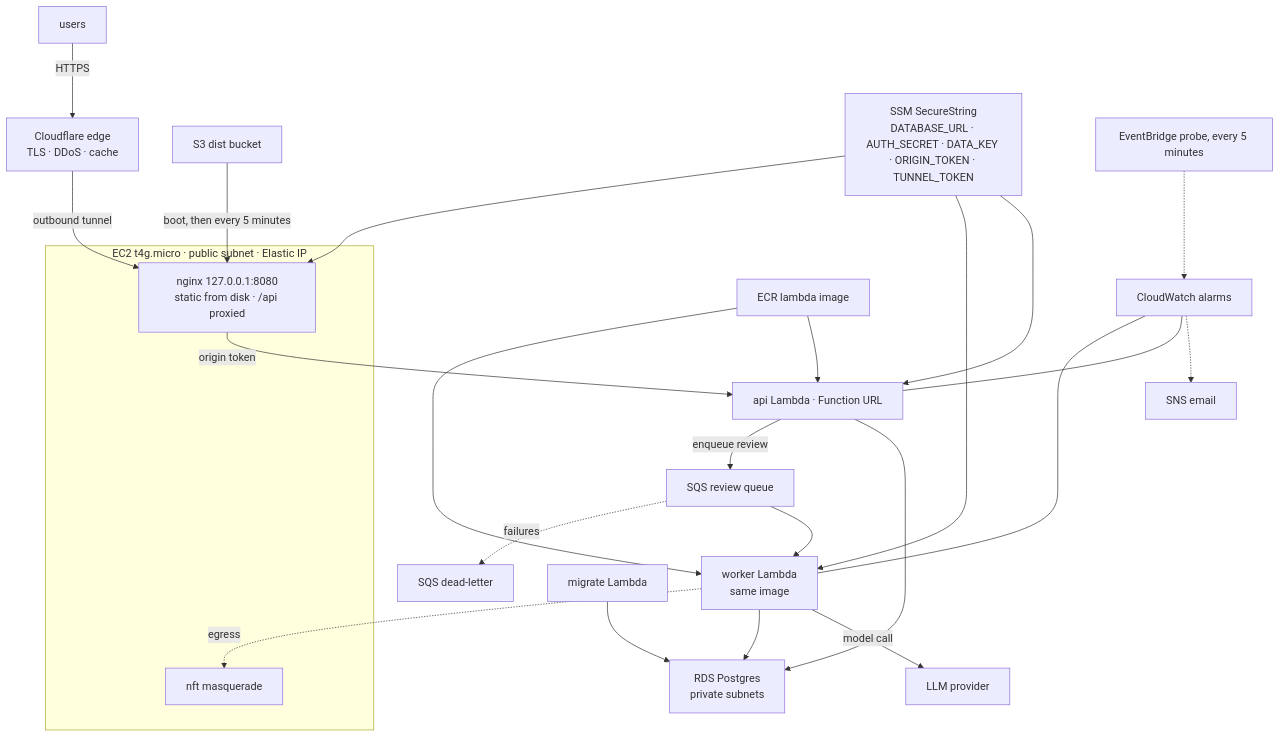
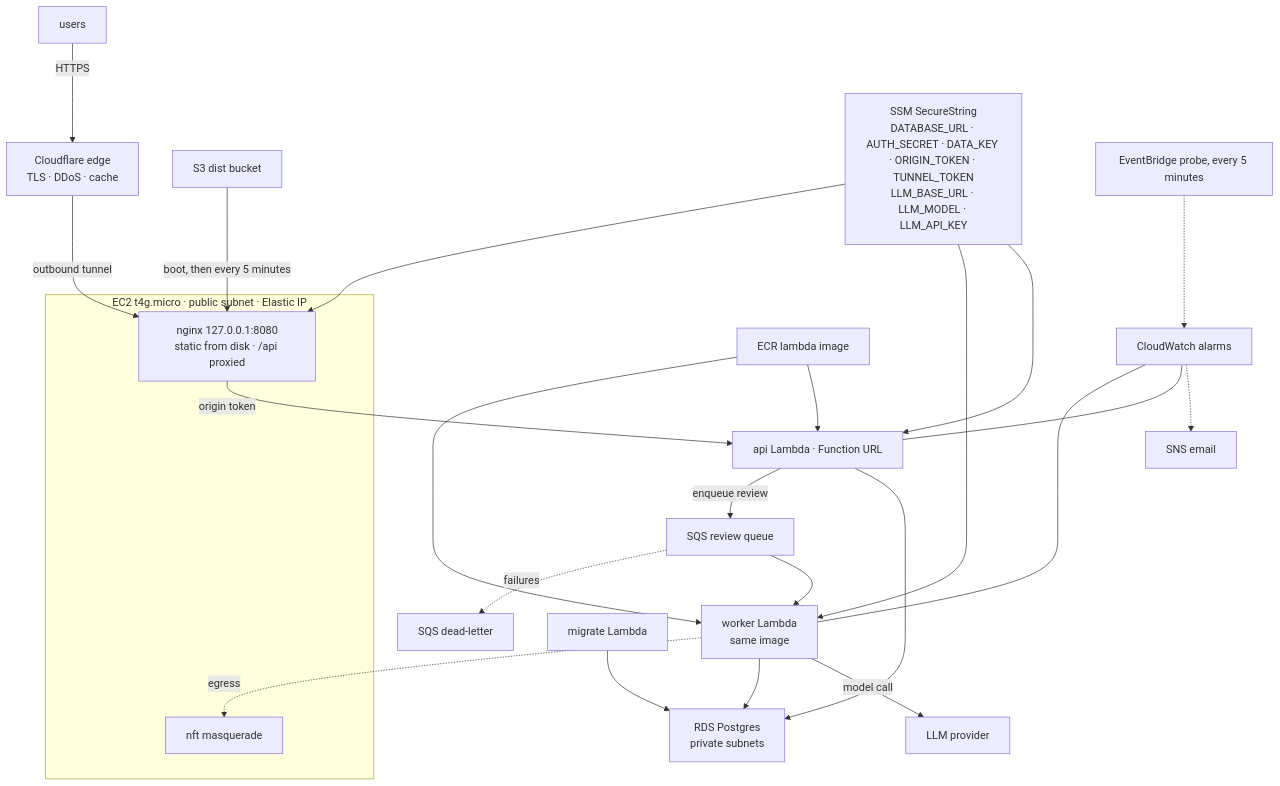
The diagram in AWS.md (notseekeru/sesume), drawn with Mermaid before and after one commit.

Commit message:
docs(aws): list the llm parameters

````diff
--- a/AWS.md
+++ b/AWS.md
@@ -3,30 +3,30 @@
 ```mermaid
 flowchart TD
   U["users"] -->|HTTPS| CF["Cloudflare edge<br/>TLS · DDoS · cache"]
   CF -->|outbound tunnel| N
 
   subgraph E["EC2 t4g.micro · public subnet · Elastic IP"]
     NAT["nft masquerade"]
     N["nginx 127.0.0.1:8080<br/>static from disk · /api proxied"]
   end
 
   B["S3 dist bucket"] -->|boot, then every 5 minutes| N
   N -->|origin token| A["api Lambda · Function URL"]
   A --> DB["RDS Postgres<br/>private subnets"]
   A -->|enqueue review| Q["SQS review queue"]
   Q --> L["worker Lambda<br/>same image"]
   Q -.->|failures| DLQ["SQS dead-letter"]
   L -->|model call| LLM["LLM provider"]
   L --> DB
   L -.->|egress| NAT
   M["migrate Lambda"] --> DB
-  P["SSM SecureString<br/>DATABASE_URL · AUTH_SECRET · DATA_KEY · ORIGIN_TOKEN · TUNNEL_TOKEN"] --> A
+  P["SSM SecureString<br/>DATABASE_URL · AUTH_SECRET · DATA_KEY · ORIGIN_TOKEN · TUNNEL_TOKEN<br/>LLM_BASE_URL · LLM_MODEL · LLM_API_KEY"] --> A
   P --> L
   P --> N
   R["ECR lambda image"] --> A
   R --> L
   CW["CloudWatch alarms"] -.-> S["SNS email"]
   CW --- A
   CW --- L
   PRB["EventBridge probe, every 5 minutes"] -.-> CW
 ```
````
